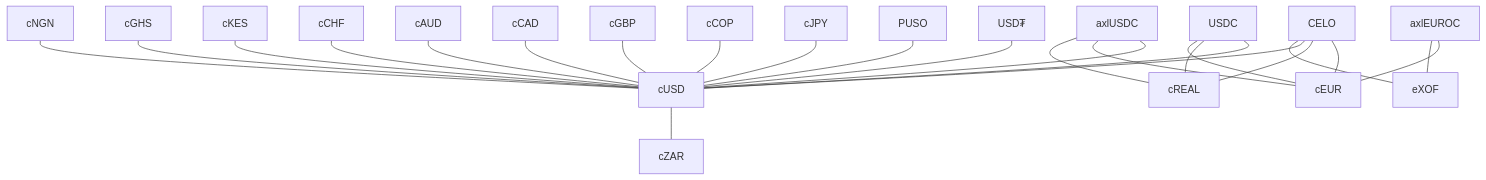
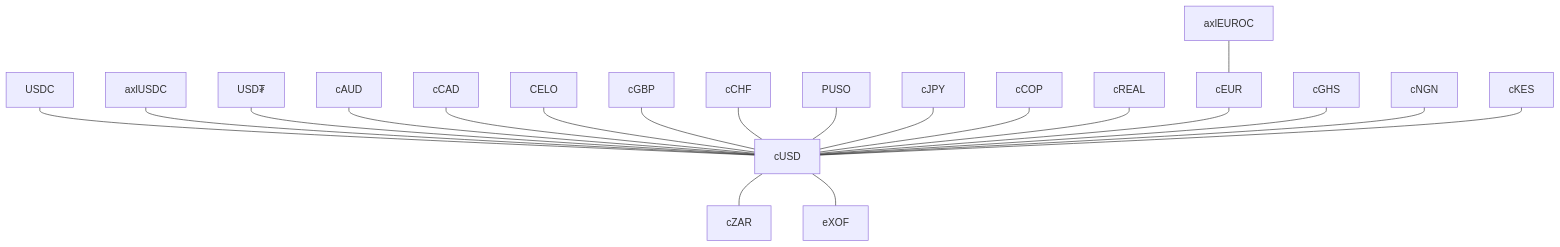
The diagram in README.md (mento-protocol/mento-sdk), drawn with Mermaid before and after one commit. The commit also changed other lines of this file and 33 other files, not shown here.

````diff
--- a/README.md
+++ b/README.md
@@ -33,29 +34,24 @@
 ```mermaid
 graph TD
     USDT["USD₮"]
     USDC --- cUSD
+    axlUSDC --- cUSD
     USDT --- cUSD
-    CELO --- cEUR
-    CELO --- cREAL
-    USDC --- cREAL
-    USDC --- cEUR
-    axlUSDC --- cUSD
+    cAUD --- cUSD
+    cCAD --- cUSD
     CELO --- cUSD
+    cGBP --- cUSD
+    cUSD --- cZAR
+    cCHF --- cUSD
     PUSO --- cUSD
     cJPY --- cUSD
     cCOP --- cUSD
-    cGBP --- cUSD
-    cUSD --- cZAR
-    cCAD --- cUSD
-    cAUD --- cUSD
-    cCHF --- cUSD
-    axlUSDC --- cEUR
-    axlUSDC --- cREAL
+    cREAL --- cUSD
     axlEUROC --- cEUR
-    cKES --- cUSD
+    cEUR --- cUSD
     cGHS --- cUSD
     cNGN --- cUSD
-    CELO --- eXOF
-    axlEUROC --- eXOF
+    cKES --- cUSD
+    cUSD --- eXOF
 
 ```
````
